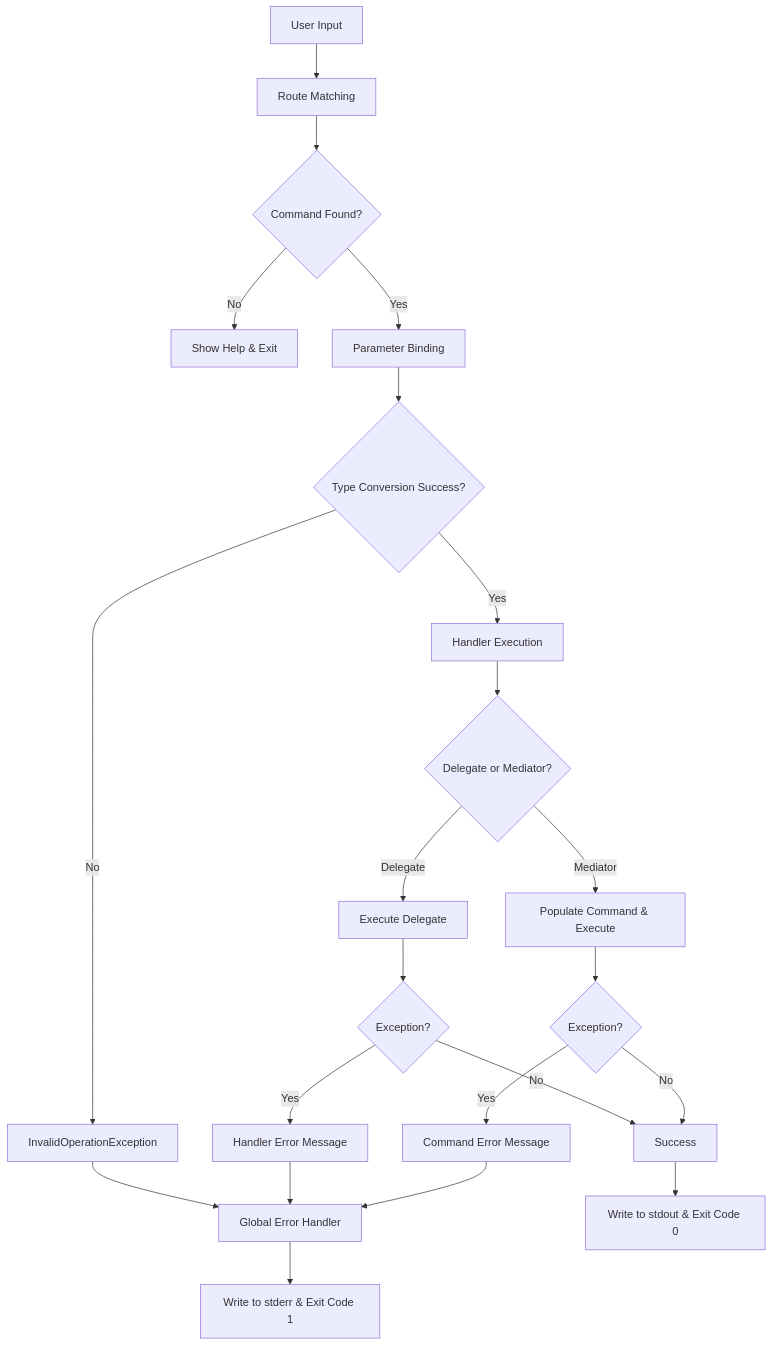
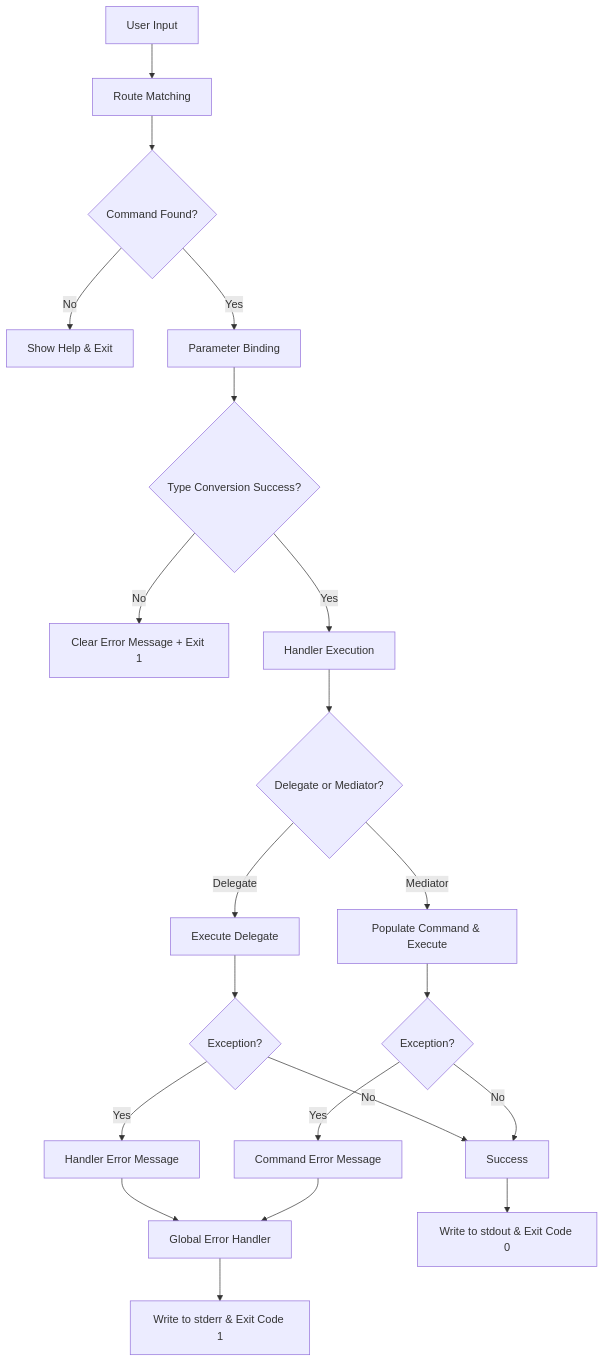
The diagram in documentation/developer/reference/error-handling.md (TimeWarpEngineering/timewarp-nuru), drawn with Mermaid before and after one commit. The commit also changed other lines of this file and 3 other files, not shown here.

````diff
--- a/documentation/developer/reference/error-handling.md
+++ b/documentation/developer/reference/error-handling.md
@@ -7,24 +7,23 @@
 ```mermaid
 graph TD
     A[User Input] --> B[Route Matching]
     B --> C{Command Found?}
     C -->|No| D[Show Help & Exit]
     C -->|Yes| E[Parameter Binding]
     E --> F{Type Conversion Success?}
-    F -->|No| G[InvalidOperationException]
+    F -->|No| G[Clear Error Message + Exit 1]
     F -->|Yes| H[Handler Execution]
     H --> I{Delegate or Mediator?}
     I -->|Delegate| J[Execute Delegate]
     I -->|Mediator| K[Populate Command & Execute]
     J --> L{Exception?}
     K --> M{Exception?}
     L -->|Yes| N[Handler Error Message]
     M -->|Yes| O[Command Error Message]
     L -->|No| P[Success]
     M -->|No| P
-    G --> Q[Global Error Handler]
-    N --> Q
+    N --> Q[Global Error Handler]
     O --> Q
     Q --> R[Write to stderr & Exit Code 1]
     P --> S[Write to stdout & Exit Code 0]
 ```
````
